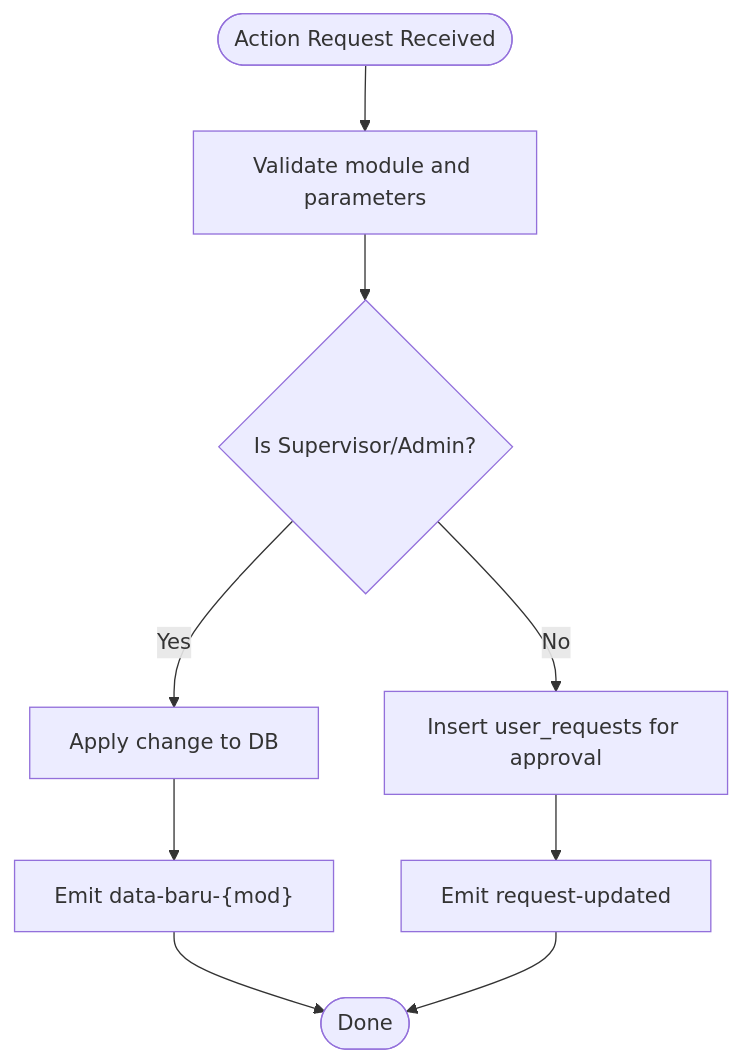
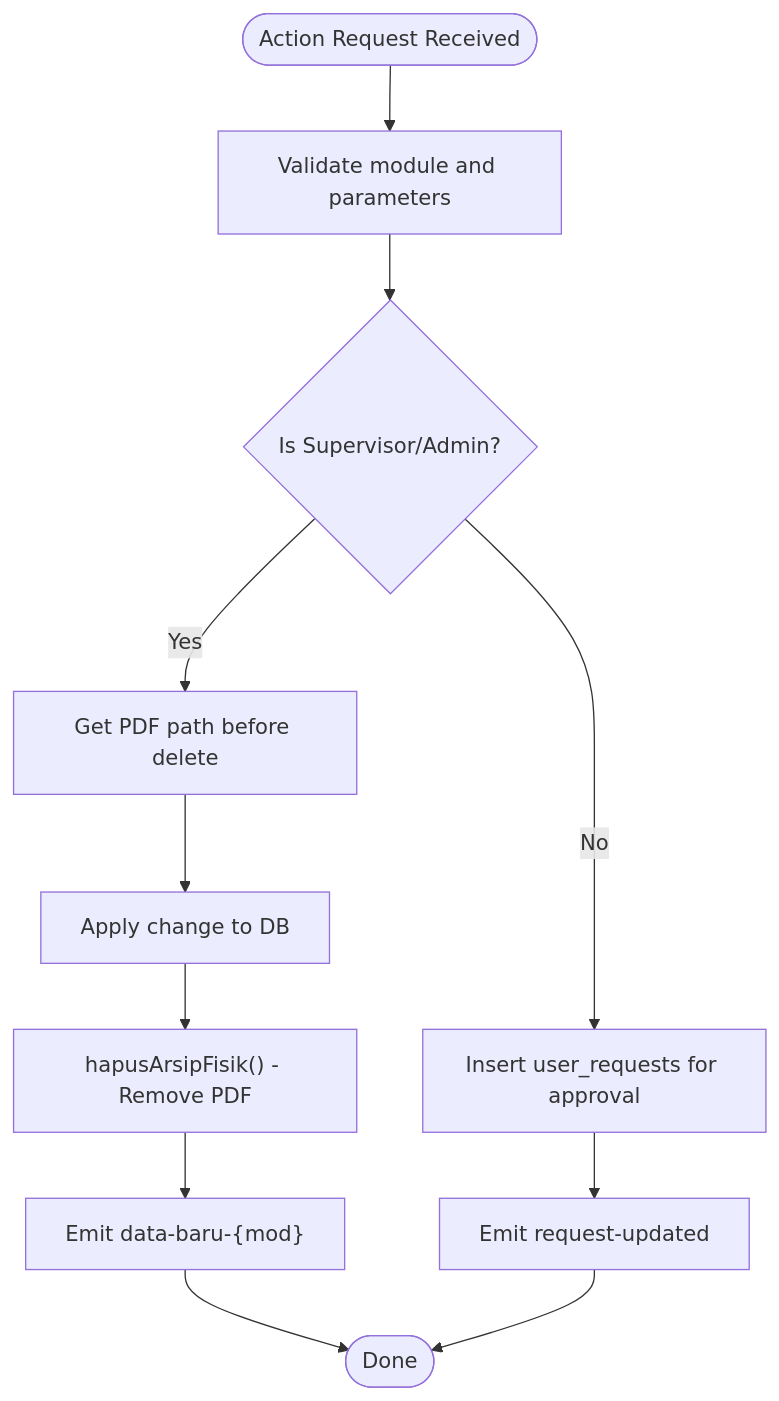
One commit to rendisiagian/TDS_by_RENDISIAGIAN changed the sixth of 7 diagrams in .qoder/repowiki/en/content/Advanced Features/Real-time Processing & Socket.io Integration.md. Above: the diagram before and after it, drawn with Mermaid. The commit also changed other lines of this file and 91 other files, not shown here.

````diff
--- a/.qoder/repowiki/en/content/Advanced Features/Real-time Processing & Socket.io Integration.md
+++ b/.qoder/repowiki/en/content/Advanced Features/Real-time Processing & Socket.io Integration.md
@@ -185,11 +230,13 @@
 ```mermaid
 flowchart TD
 Start(["Action Request Received"]) --> Validate["Validate module and parameters"]
 Validate --> IsSupervisor{"Is Supervisor/Admin?"}
-IsSupervisor --> |Yes| ApplyChange["Apply change to DB"]
+IsSupervisor --> |Yes| GetPdfPath["Get PDF path before delete"]
 IsSupervisor --> |No| InsertRequest["Insert user_requests for approval"]
-ApplyChange --> EmitUpdate["Emit data-baru-{mod}"]
+GetPdfPath --> ApplyChange["Apply change to DB"]
+ApplyChange --> CleanupFiles["hapusArsipFisik() - Remove PDF"]
+CleanupFiles --> EmitUpdate["Emit data-baru-{mod}"]
 InsertRequest --> EmitUpdated["Emit request-updated"]
 EmitUpdate --> End(["Done"])
 EmitUpdated --> End
 ```
````
